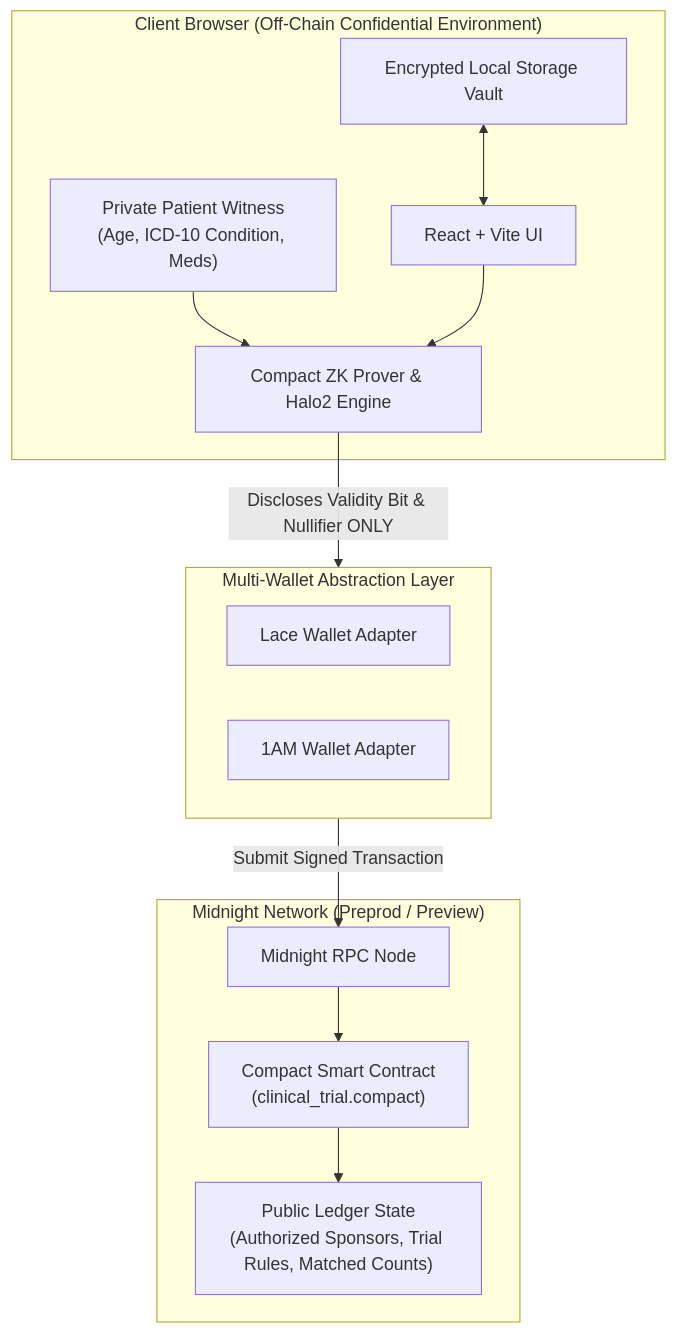
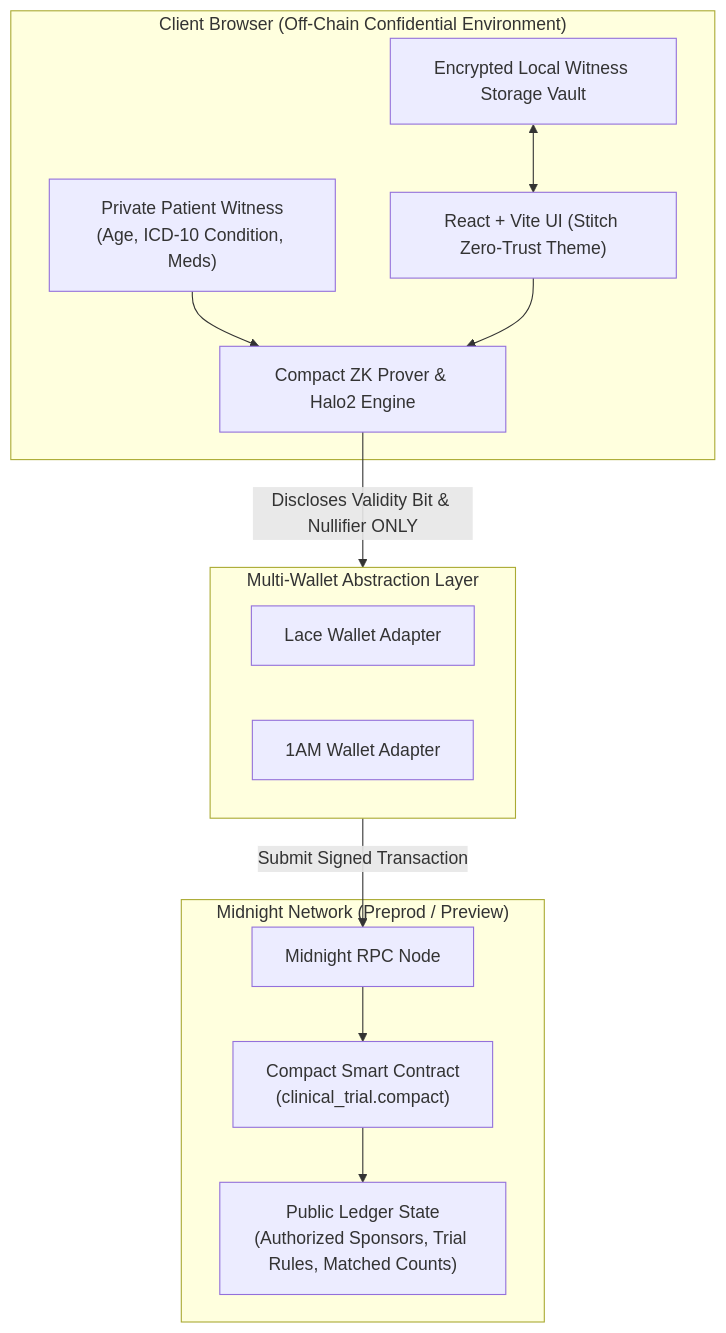
Before and after one commit to shritesh263/-CipherTrial-Anonymous-Clinical-Trial-Matching-DApp: the diagram in README.md, drawn with Mermaid. The commit also changed other lines of this file, not shown here.

Commit message:
docs(readme): update README with Stitch Zero-Trust medical design and Vercel/Netlify deployment guides

````diff
--- a/README.md
+++ b/README.md
@@ -28,28 +30,28 @@
 ```mermaid
 flowchart TB
     subgraph Client ["Client Browser (Off-Chain Confidential Environment)"]
-        UI["React + Vite UI"]
+        UI["React + Vite UI (Stitch Zero-Trust Theme)"]
         Witness["Private Patient Witness\n(Age, ICD-10 Condition, Meds)"]
-        Vault["Encrypted Local Storage Vault"]
+        Vault["Encrypted Local Witness Storage Vault"]
         Prover["Compact ZK Prover & Halo2 Engine"]
     end
 
     subgraph WalletLayer ["Multi-Wallet Abstraction Layer"]
         Lace["Lace Wallet Adapter"]
         OneAM["1AM Wallet Adapter"]
     end
 
     subgraph MidnightNet ["Midnight Network (Preprod / Preview)"]
         RPC["Midnight RPC Node"]
         Contract["Compact Smart Contract\n(clinical_trial.compact)"]
         LedgerState["Public Ledger State\n(Authorized Sponsors, Trial Rules, Matched Counts)"]
     end
 
     Witness --> Prover
     Vault <--> UI
     UI --> Prover
     Prover -->|Discloses Validity Bit & Nullifier ONLY| WalletLayer
     WalletLayer -->|Submit Signed Transaction| RPC
     RPC --> Contract
     Contract --> LedgerState
 ```
````
